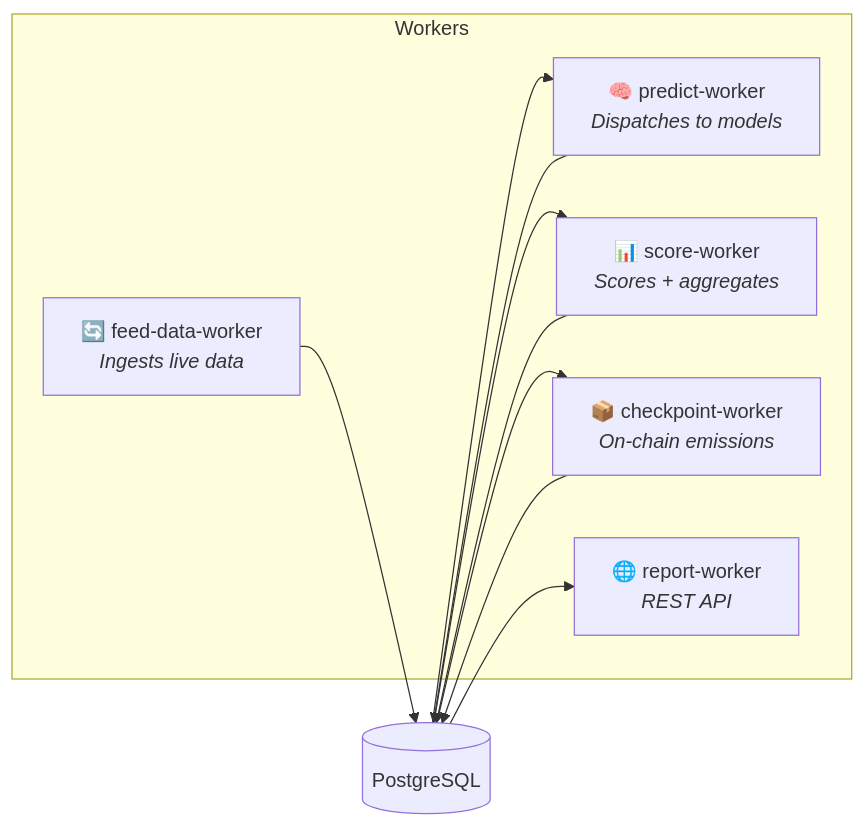
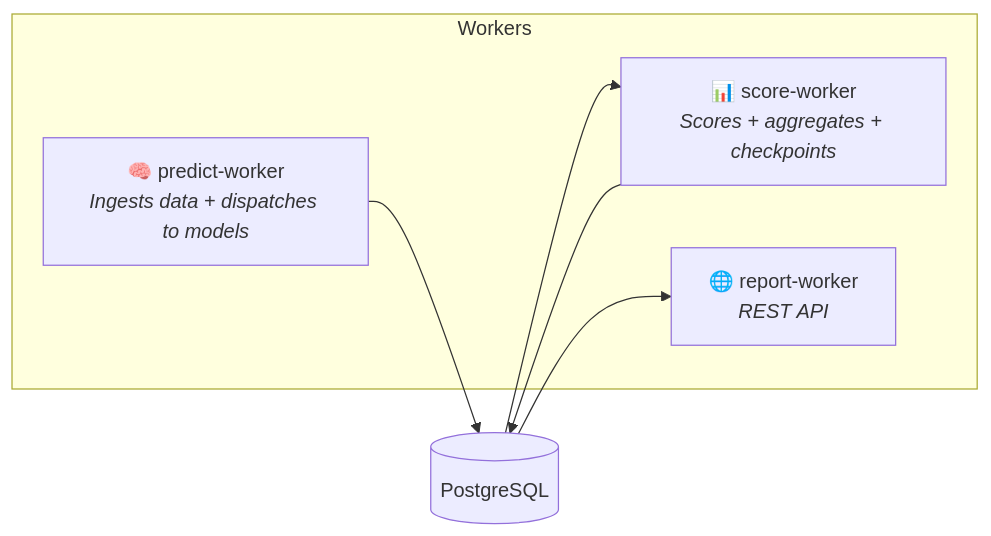
One commit to crunchdao/crunch-node-starter changed the second of 2 diagrams in docs/architecture.md. Above: the diagram before and after it, drawn with Mermaid. The commit also changed other lines of this file and 24 other files, not shown here.

First line of the commit message:
Rename coordinator-node → crunch-node and remove stale feed/checkpoint worker refs

````diff
--- a/docs/architecture.md
+++ b/docs/architecture.md
@@ -50,21 +46,15 @@
 ```mermaid
 graph LR
     subgraph Workers
-        FDW["🔄 feed-data-worker<br/><i>Ingests live data</i>"]
-        PW["🧠 predict-worker<br/><i>Dispatches to models</i>"]
-        SW["📊 score-worker<br/><i>Scores + aggregates</i>"]
-        CW["📦 checkpoint-worker<br/><i>On-chain emissions</i>"]
+        PW["🧠 predict-worker<br/><i>Ingests data + dispatches to models</i>"]
+        SW["📊 score-worker<br/><i>Scores + aggregates + checkpoints</i>"]
         RW["🌐 report-worker<br/><i>REST API</i>"]
     end
 
     DB[("PostgreSQL")]
 
-    FDW --> DB
-    DB --> PW
     PW --> DB
     DB --> SW
     SW --> DB
-    DB --> CW
-    CW --> DB
     DB --> RW
 ```
````
